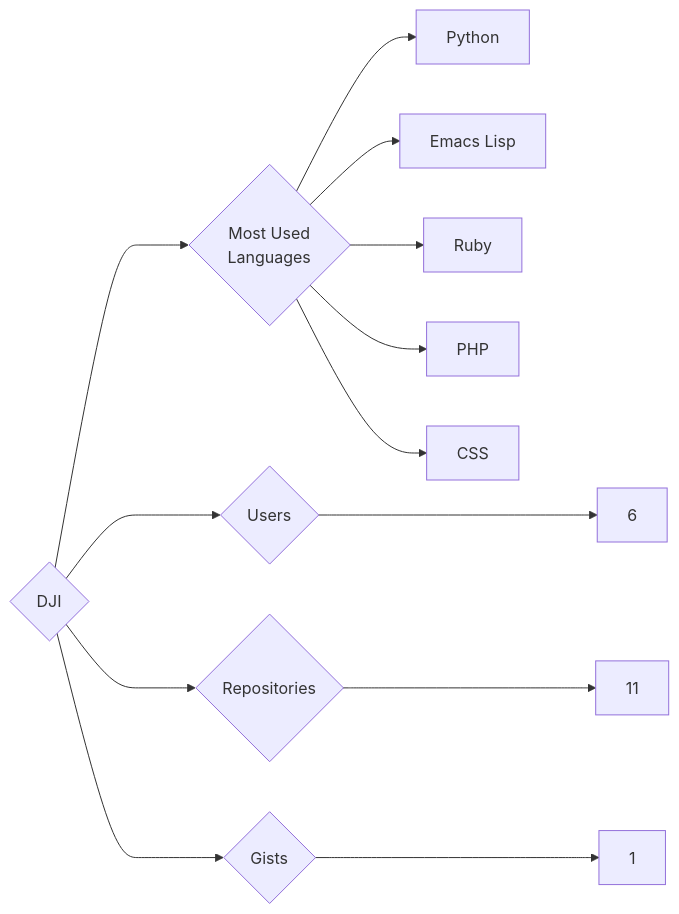
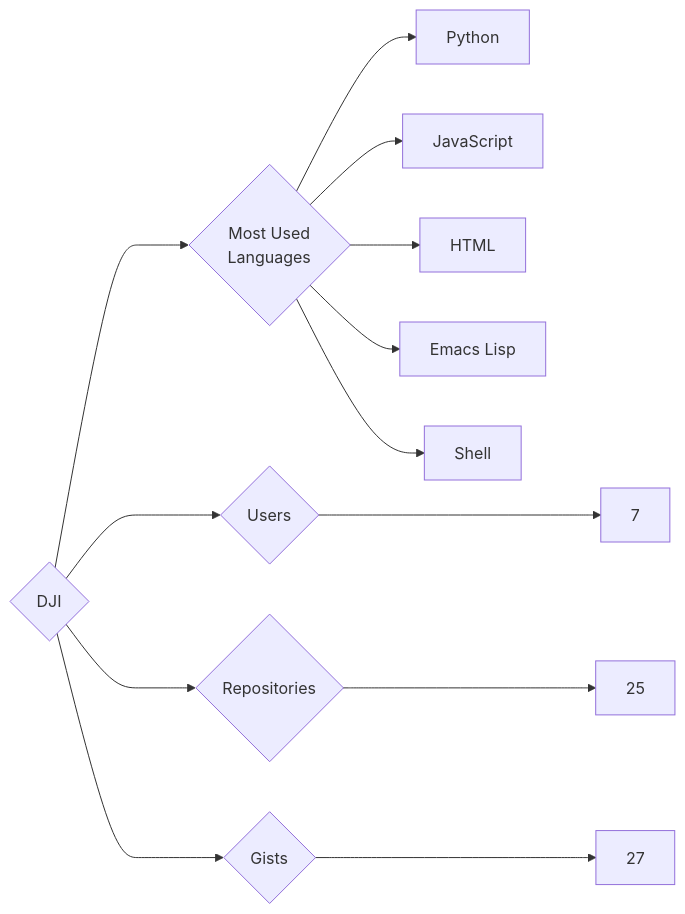
Before and after one commit to trickest/insiders: the diagram in targets/DJI/README.md, drawn with Mermaid. The commit also changed 1030 other files, not shown here.

````diff
--- a/targets/DJI/README.md
+++ b/targets/DJI/README.md
@@ -3,13 +3,13 @@
 ```mermaid
 graph LR
 COMPANY_NAME{DJI}
-COMPANY_NAME ---> U{Users} ---> UN[6]
-COMPANY_NAME ---> R{Repositories} ---> RN[11]
-COMPANY_NAME ---> G{Gists} ---> GN[1]
+COMPANY_NAME ---> U{Users} ---> UN[7]
+COMPANY_NAME ---> R{Repositories} ---> RN[25]
+COMPANY_NAME ---> G{Gists} ---> GN[27]
 COMPANY_NAME ---> ML{Most Used<br>Languages}
 ML --> Python[Python]
+ML --> JavaScript[JavaScript]
+ML --> HTML[HTML]
 ML --> Emacs_Lisp[Emacs Lisp]
-ML --> Ruby[Ruby]
-ML --> PHP[PHP]
-ML --> CSS[CSS]
+ML --> Shell[Shell]
 ```
````
